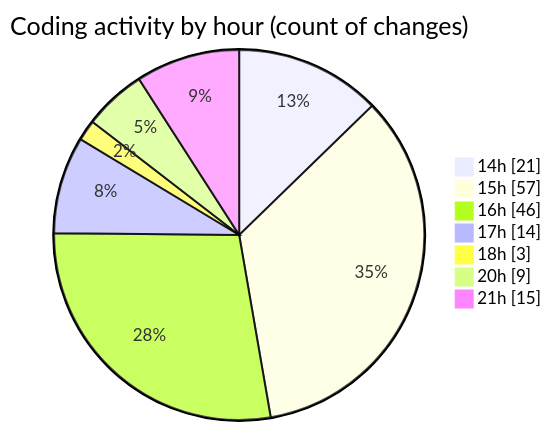
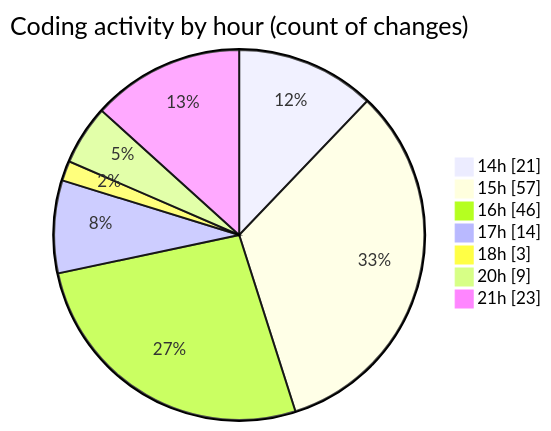
One commit to Ritupan-Deka/code-tracking changed the second of 2 diagrams in 2025-05-24/projects/README.md. Above: the diagram before and after it, drawn with Mermaid. The commit also changed other lines of this file and 1 other file, not shown here.

````diff
--- a/2025-05-24/projects/README.md
+++ b/2025-05-24/projects/README.md
@@ -35,11 +35,11 @@
 ```mermaid
 pie showData
 title Coding activity by hour (count of changes)
 "14h" : 21
 "15h" : 57
 "16h" : 46
 "17h" : 14
 "18h" : 3
 "20h" : 9
-"21h" : 15
+"21h" : 23
 ```
````
